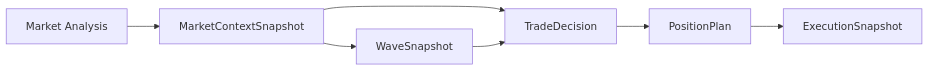
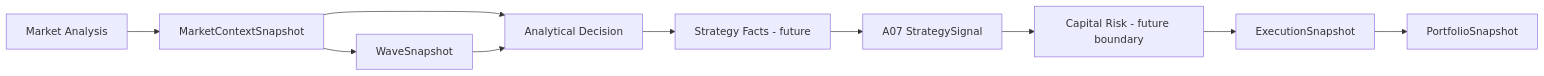
One commit to AymenBarka/EPIP changed the diagram in docs/index.md. Above: the diagram before and after it, drawn with Mermaid. The commit also changed other lines of this file and 11 other files, not shown here.

Commit message:
docs(architecture): reconcile post-v1.6 strategy ownership

````diff
--- a/docs/index.md
+++ b/docs/index.md
@@ -18,9 +19,12 @@
 ```mermaid
 flowchart LR
     A[Market Analysis] --> C[MarketContextSnapshot]
     C --> W[WaveSnapshot]
-    C --> D[TradeDecision]
+    C --> D[Analytical Decision]
     W --> D
-    D --> R[PositionPlan]
+    D --> F[Strategy Facts - future]
+    F --> S[A07 StrategySignal]
+    S --> R[Capital Risk - future boundary]
     R --> E[ExecutionSnapshot]
+    E --> P[PortfolioSnapshot]
 ```
````
